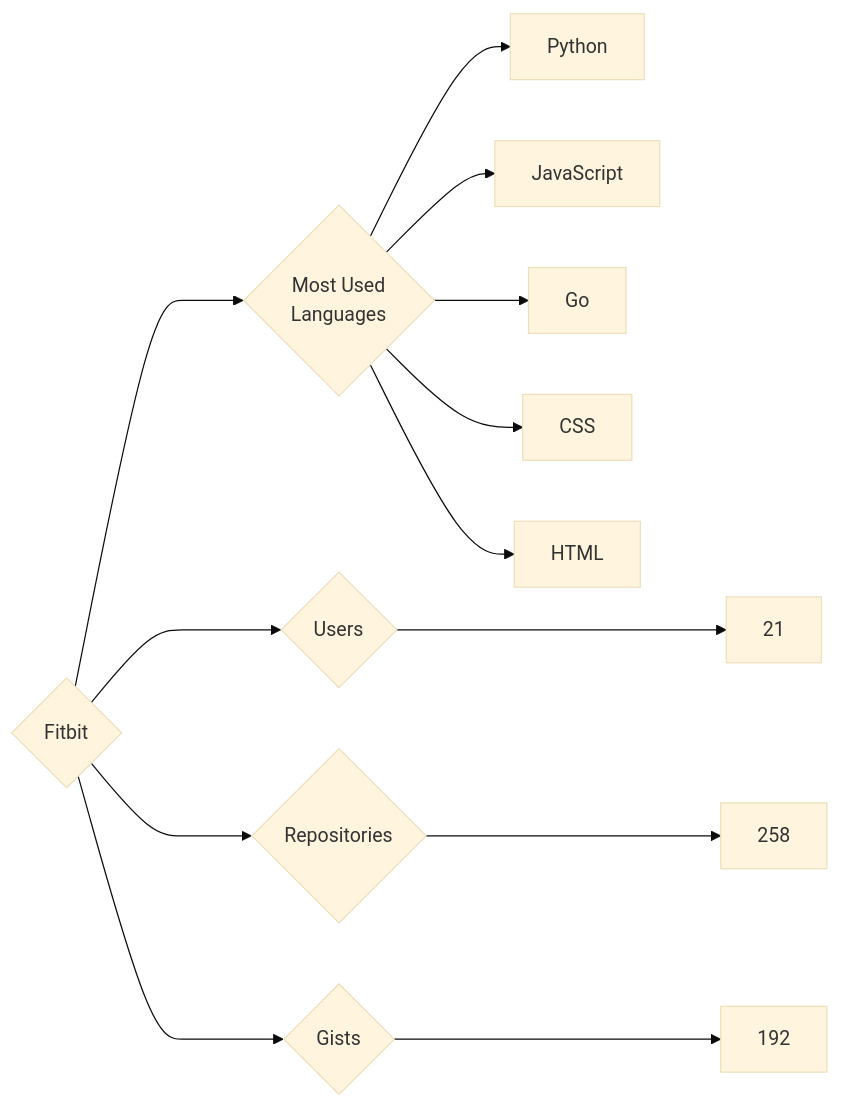
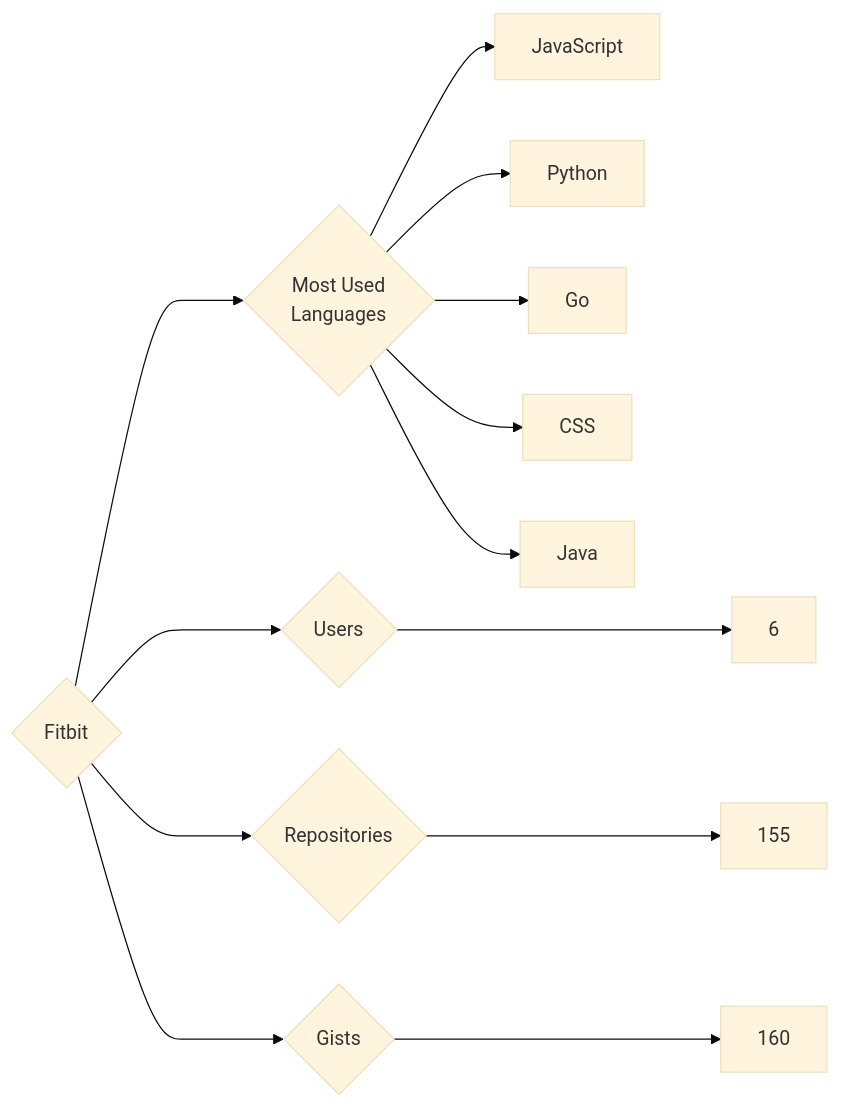
Before and after one commit to trickest/insiders: the diagram in targets/Fitbit/README.md, drawn with Mermaid (base theme). The commit also changed 860 other files, not shown here.

````diff
--- a/targets/Fitbit/README.md
+++ b/targets/Fitbit/README.md
@@ -3,13 +3,13 @@
 ```mermaid
 graph LR
 COMPANY_NAME{Fitbit}
-COMPANY_NAME ---> U{Users} ---> UN[21]
-COMPANY_NAME ---> R{Repositories} ---> RN[258]
-COMPANY_NAME ---> G{Gists} ---> GN[192]
+COMPANY_NAME ---> U{Users} ---> UN[6]
+COMPANY_NAME ---> R{Repositories} ---> RN[155]
+COMPANY_NAME ---> G{Gists} ---> GN[160]
 COMPANY_NAME ---> ML{Most Used<br>Languages}
+ML --> JavaScript[JavaScript]
 ML --> Python[Python]
-ML --> JavaScript[JavaScript]
 ML --> Go[Go]
 ML --> CSS[CSS]
-ML --> HTML[HTML]
+ML --> Java[Java]
 ```
````
